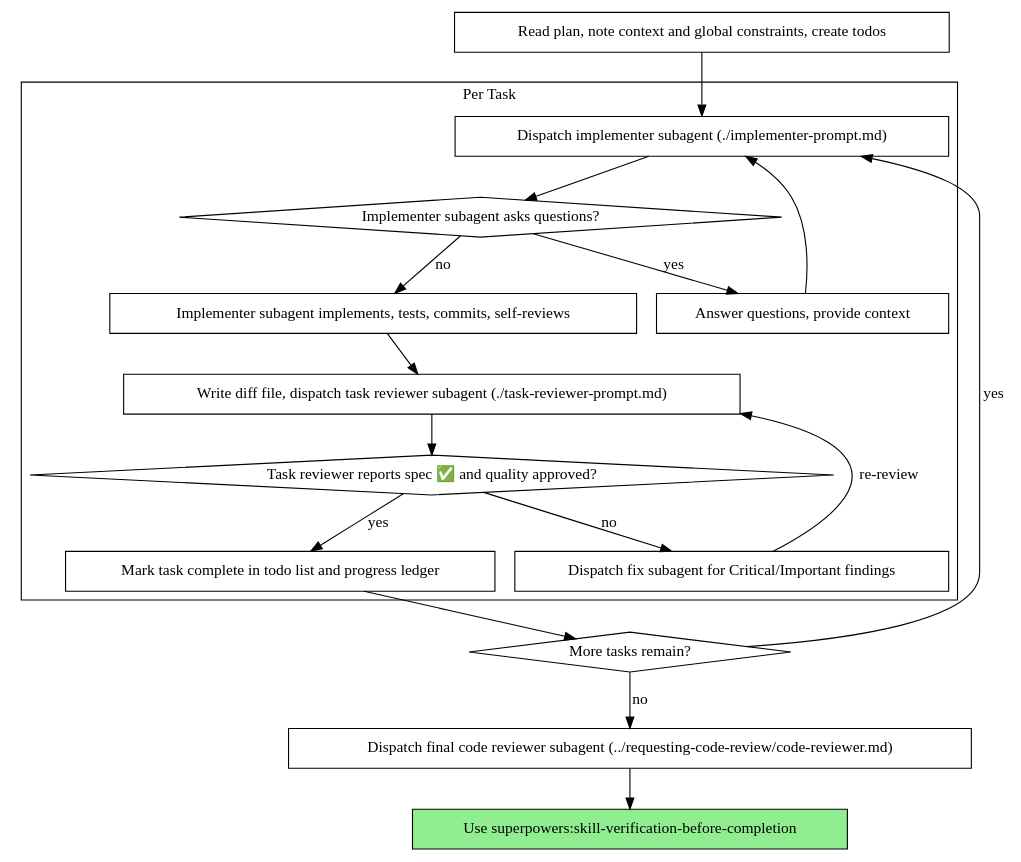
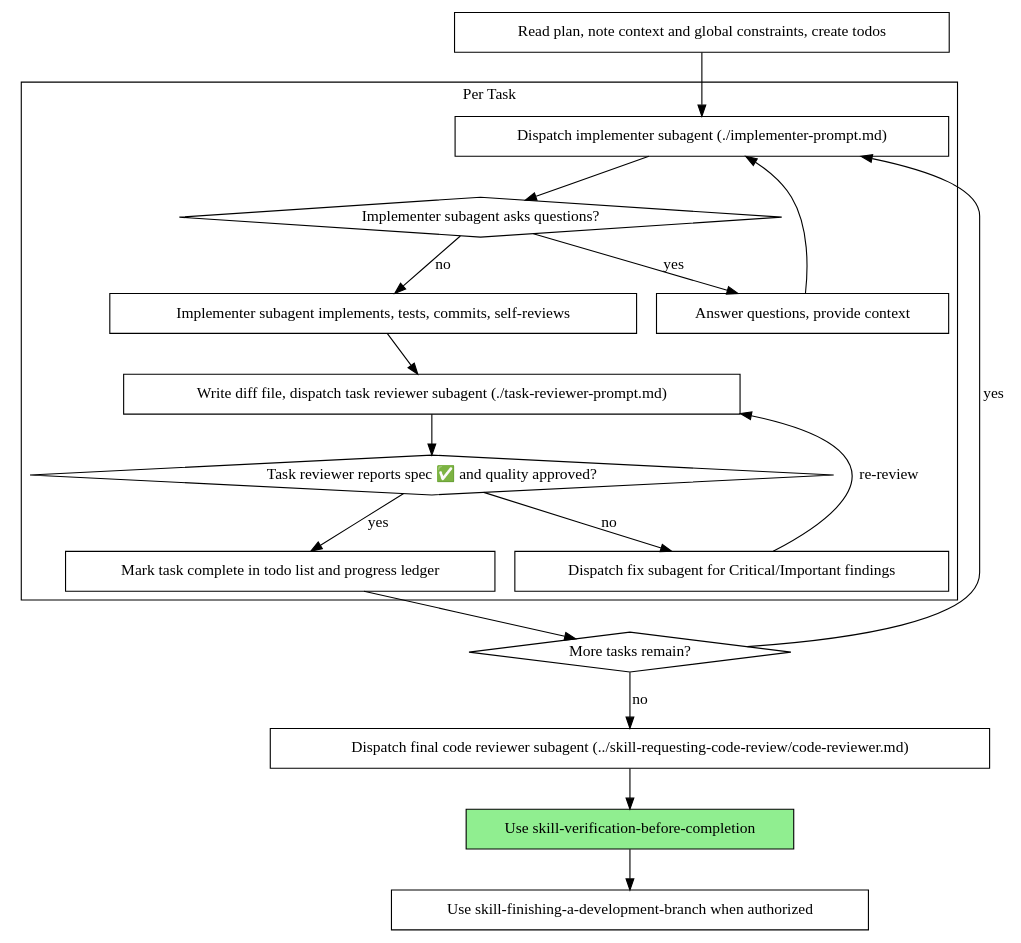
Before and after one commit to longdang193/project-OS-starter: the second of 2 diagrams in .agents/skills/skill-subagent-driven-development/SKILL.md, drawn with Graphviz. The commit also changed other lines of this file and 523 other files, not shown here.

````diff
--- a/.agents/skills/skill-subagent-driven-development/SKILL.md
+++ b/.agents/skills/skill-subagent-driven-development/SKILL.md
@@ -58,37 +57,39 @@
 ```dot
 digraph process {
     rankdir=TB;
 
     subgraph cluster_per_task {
         label="Per Task";
         "Dispatch implementer subagent (./implementer-prompt.md)" [shape=box];
         "Implementer subagent asks questions?" [shape=diamond];
         "Answer questions, provide context" [shape=box];
         "Implementer subagent implements, tests, commits, self-reviews" [shape=box];
         "Write diff file, dispatch task reviewer subagent (./task-reviewer-prompt.md)" [shape=box];
         "Task reviewer reports spec ✅ and quality approved?" [shape=diamond];
         "Dispatch fix subagent for Critical/Important findings" [shape=box];
         "Mark task complete in todo list and progress ledger" [shape=box];
     }
 
     "Read plan, note context and global constraints, create todos" [shape=box];
     "More tasks remain?" [shape=diamond];
-    "Dispatch final code reviewer subagent (../requesting-code-review/code-reviewer.md)" [shape=box];
-    "Use superpowers:skill-verification-before-completion" [shape=box style=filled fillcolor=lightgreen];
+    "Dispatch final code reviewer subagent (../skill-requesting-code-review/code-reviewer.md)" [shape=box];
+    "Use skill-verification-before-completion" [shape=box style=filled fillcolor=lightgreen];
+    "Use skill-finishing-a-development-branch when authorized" [shape=box];
 
     "Read plan, note context and global constraints, create todos" -> "Dispatch implementer subagent (./implementer-prompt.md)";
     "Dispatch implementer subagent (./implementer-prompt.md)" -> "Implementer subagent asks questions?";
     "Implementer subagent asks questions?" -> "Answer questions, provide context" [label="yes"];
     "Answer questions, provide context" -> "Dispatch implementer subagent (./implementer-prompt.md)";
     "Implementer subagent asks questions?" -> "Implementer subagent implements, tests, commits, self-reviews" [label="no"];
     "Implementer subagent implements, tests, commits, self-reviews" -> "Write diff file, dispatch task reviewer subagent (./task-reviewer-prompt.md)";
     "Write diff file, dispatch task reviewer subagent (./task-reviewer-prompt.md)" -> "Task reviewer reports spec ✅ and quality approved?";
     "Task reviewer reports spec ✅ and quality approved?" -> "Dispatch fix subagent for Critical/Important findings" [label="no"];
     "Dispatch fix subagent for Critical/Important findings" -> "Write diff file, dispatch task reviewer subagent (./task-reviewer-prompt.md)" [label="re-review"];
     "Task reviewer reports spec ✅ and quality approved?" -> "Mark task complete in todo list and progress ledger" [label="yes"];
     "Mark task complete in todo list and progress ledger" -> "More tasks remain?";
     "More tasks remain?" -> "Dispatch implementer subagent (./implementer-prompt.md)" [label="yes"];
-    "More tasks remain?" -> "Dispatch final code reviewer subagent (../requesting-code-review/code-reviewer.md)" [label="no"];
-    "Dispatch final code reviewer subagent (../requesting-code-review/code-reviewer.md)" -> "Use superpowers:skill-verification-before-completion";
+    "More tasks remain?" -> "Dispatch final code reviewer subagent (../skill-requesting-code-review/code-reviewer.md)" [label="no"];
+    "Dispatch final code reviewer subagent (../skill-requesting-code-review/code-reviewer.md)" -> "Use skill-verification-before-completion";
+    "Use skill-verification-before-completion" -> "Use skill-finishing-a-development-branch when authorized";
 }
 ```
````
